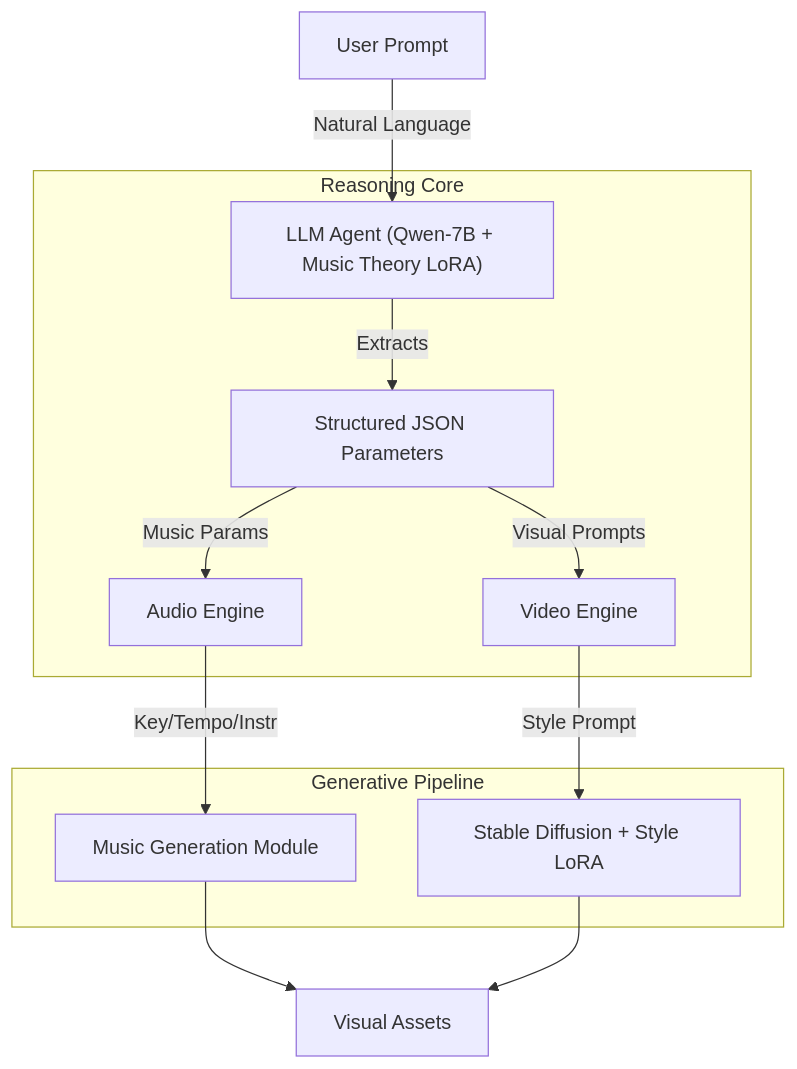
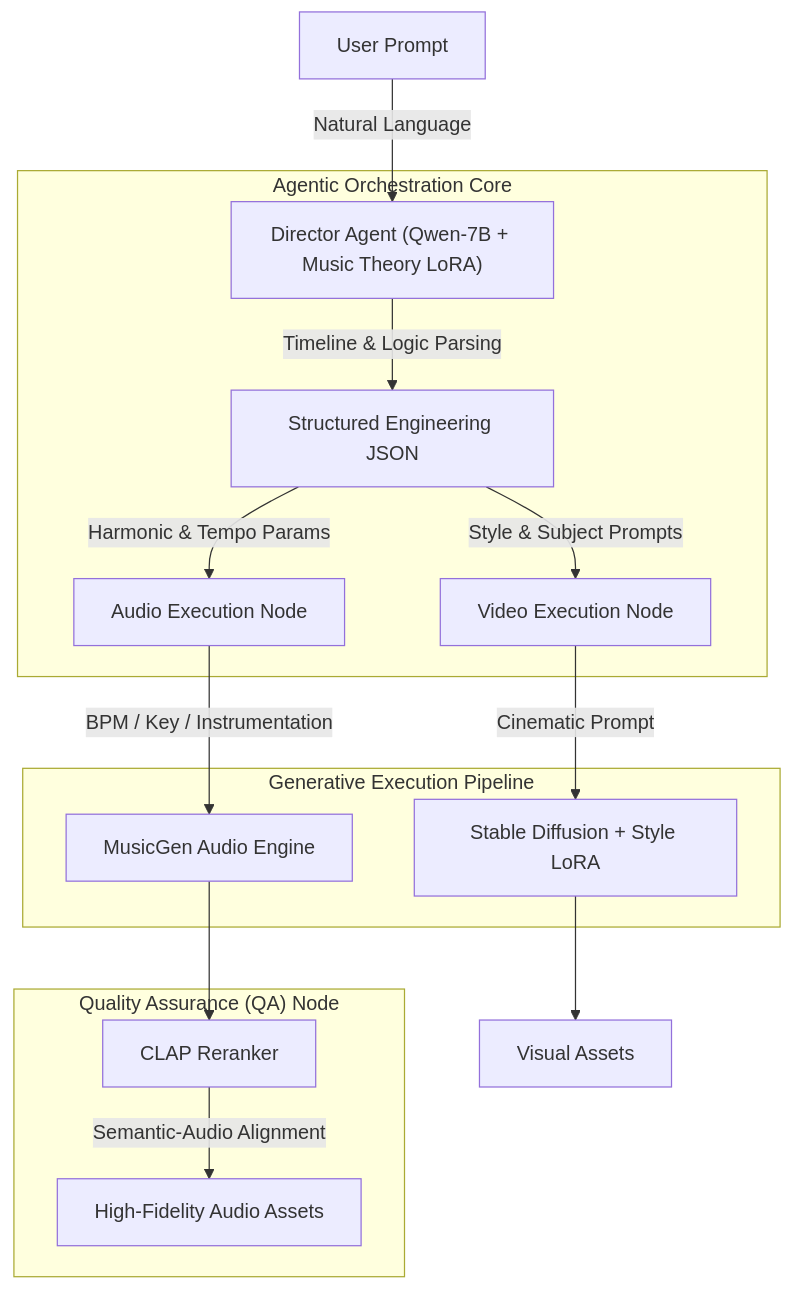
The diagram in README.md (caressez15/Aura-Flow), drawn with Mermaid before and after one commit. The commit also changed other lines of this file, not shown here.

````diff
--- a/README.md
+++ b/README.md
@@ -28,18 +30,22 @@
 ```mermaid
 graph TD
-    User[User Prompt] -->|Natural Language| Agent["LLM Agent (Qwen-7B + Music Theory LoRA)"]
+    User[User Prompt] -->|Natural Language| Agent["Director Agent (Qwen-7B + Music Theory LoRA)"]
     
-    subgraph "Reasoning Core"
-        Agent -->|Extracts| JSON[Structured JSON Parameters]
-        JSON -->|Music Params| AudioEng[Audio Engine]
-        JSON -->|Visual Prompts| VideoEng[Video Engine]
+    subgraph "Agentic Orchestration Core"
+        Agent -->|Timeline & Logic Parsing| JSON[Structured Engineering JSON]
+        JSON -->|Harmonic & Tempo Params| AudioEng[Audio Execution Node]
+        JSON -->|Style & Subject Prompts| VideoEng[Video Execution Node]
     end
     
-    subgraph "Generative Pipeline"
-        AudioEng -->|Key/Tempo/Instr| MusicGen[Music Generation Module]
-        VideoEng -->|Style Prompt| SD["Stable Diffusion + Style LoRA"]
+    subgraph "Generative Execution Pipeline"
+        AudioEng -->|BPM / Key / Instrumentation| MusicGen[MusicGen Audio Engine]
+        VideoEng -->|Cinematic Prompt| SD["Stable Diffusion + Style LoRA"]
     end
     
-    MusicGen --> Output[Audio Assets]
-    SD --> Output[Visual Assets]
+    subgraph "Quality Assurance (QA) Node"
+        MusicGen --> CLAP[CLAP Reranker]
+        CLAP -->|Semantic-Audio Alignment| Output[High-Fidelity Audio Assets]
+    end
+    
+    SD --> VisualOut[Visual Assets]
 ```
````
